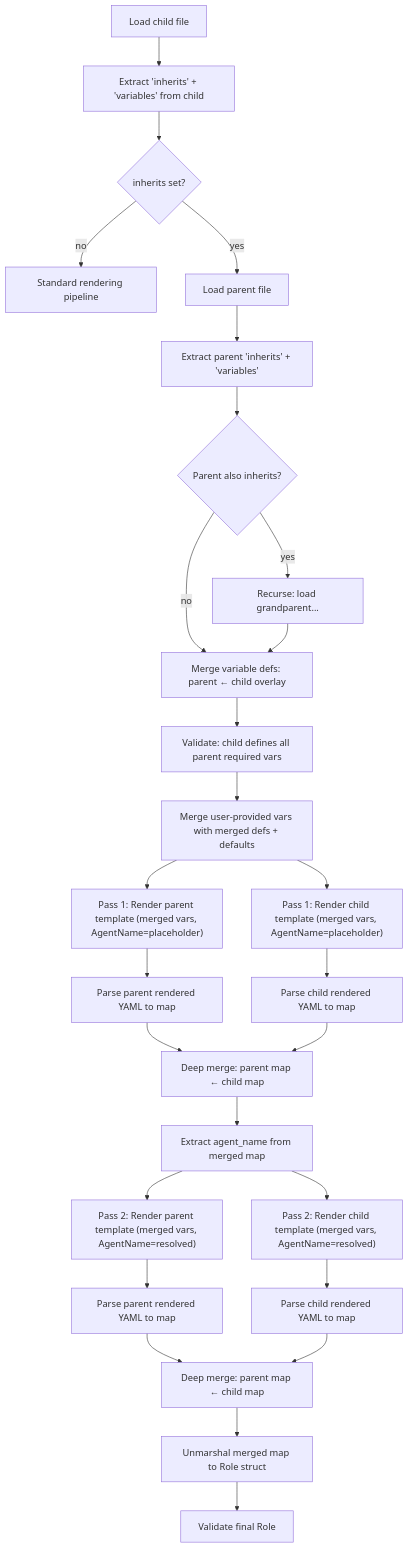
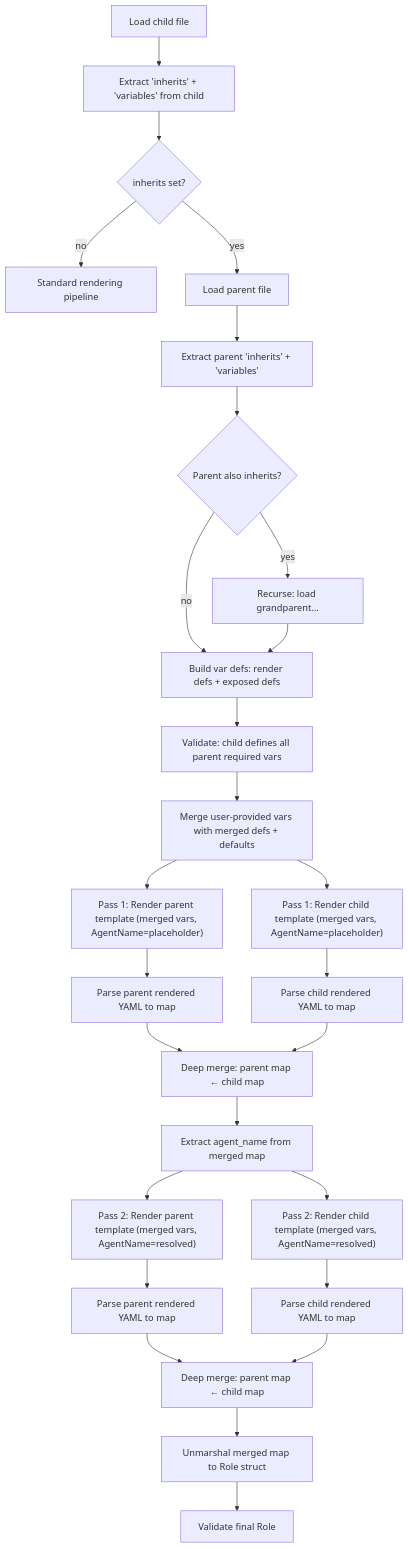
Before and after one commit to dcosson/h2: the diagram in docs/role-inheritance.md, drawn with Mermaid. The commit also changed other lines of this file, not shown here.

Commit message:
docs: clarify role inheritance variable and merge semantics

````diff
--- a/docs/role-inheritance.md
+++ b/docs/role-inheritance.md
@@ -42,29 +46,29 @@
 ```mermaid
 flowchart TD
     A[Load child file] --> B[Extract 'inherits' + 'variables' from child]
     B --> C{inherits set?}
     C -->|no| D[Standard rendering pipeline]
     C -->|yes| E[Load parent file]
     E --> F[Extract parent 'inherits' + 'variables']
     F --> G{Parent also inherits?}
     G -->|yes| H[Recurse: load grandparent...]
-    G -->|no| I[Merge variable defs: parent ← child overlay]
+    G -->|no| I[Build var defs: render defs + exposed defs]
     H --> I
     I --> J[Validate: child defines all parent required vars]
     J --> K[Merge user-provided vars with merged defs + defaults]
     K --> L["Pass 1: Render parent template (merged vars, AgentName=placeholder)"]
     K --> M["Pass 1: Render child template (merged vars, AgentName=placeholder)"]
     L --> N[Parse parent rendered YAML to map]
     M --> O[Parse child rendered YAML to map]
     N --> P["Deep merge: parent map ← child map"]
     O --> P
     P --> Q[Extract agent_name from merged map]
     Q --> R["Pass 2: Render parent template (merged vars, AgentName=resolved)"]
     Q --> S["Pass 2: Render child template (merged vars, AgentName=resolved)"]
     R --> T[Parse parent rendered YAML to map]
     S --> U[Parse child rendered YAML to map]
     T --> V["Deep merge: parent map ← child map"]
     U --> V
     V --> W[Unmarshal merged map to Role struct]
     W --> X[Validate final Role]
 ```
````
